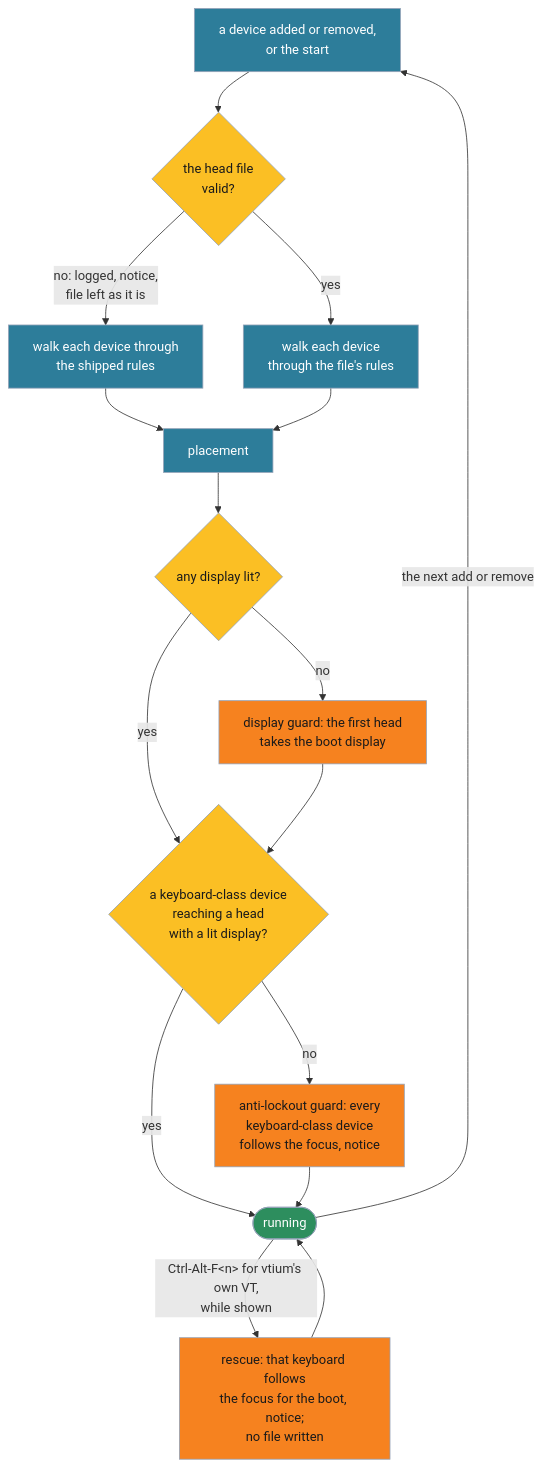
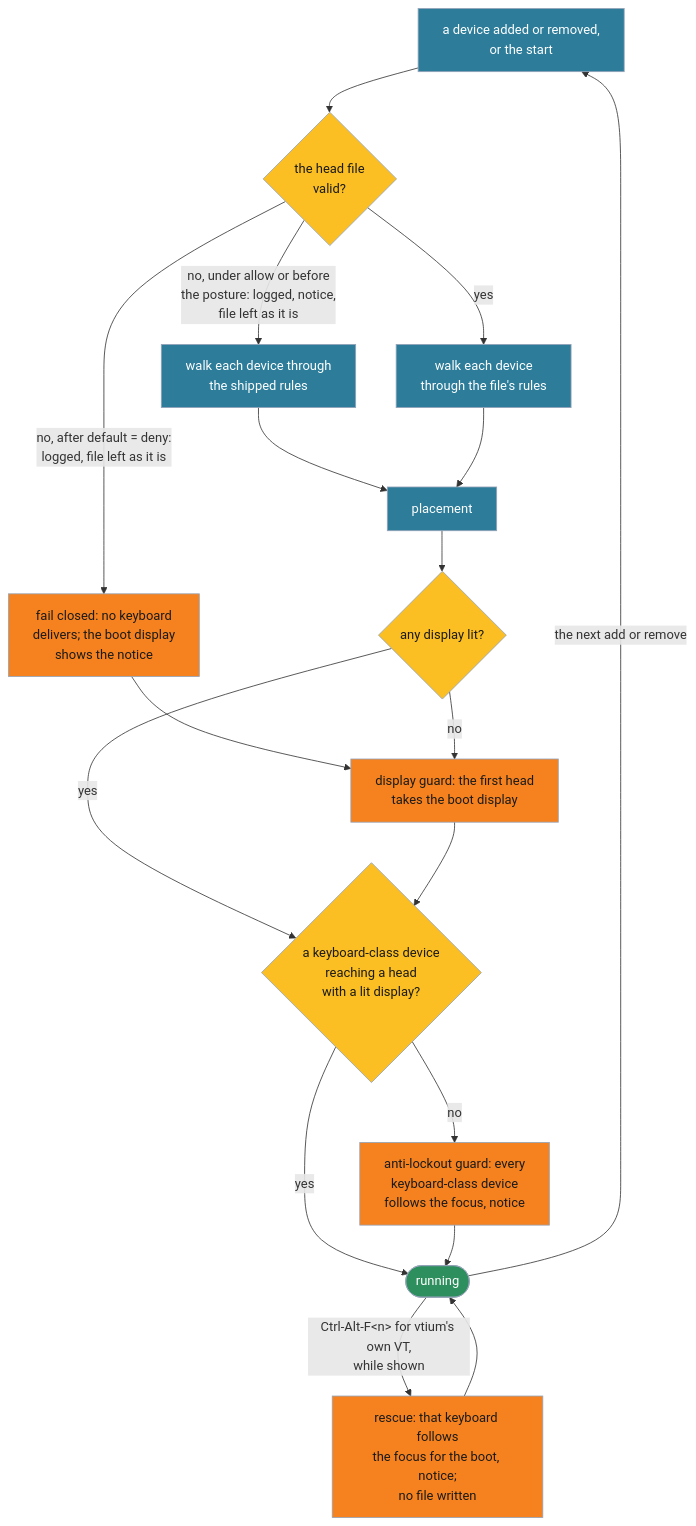
Before and after one commit to vtium/vtium: the fourth of 5 diagrams in docs/architecture/platform/ADR-1401-heads-a-terminal-per-physical-display-placed-by-a-first-match-ruleset.md, drawn with Mermaid. The commit also changed other lines of this file and 1 other file, not shown here.

````diff
--- a/docs/architecture/platform/ADR-1401-heads-a-terminal-per-physical-display-placed-by-a-first-match-ruleset.md
+++ b/docs/architecture/platform/ADR-1401-heads-a-terminal-per-physical-display-placed-by-a-first-match-ruleset.md
@@ -598,26 +646,29 @@
 ```mermaid
 flowchart TD
     EV["a device added or removed,<br>or the start"] --> VALID{"the head file<br>valid?"}
     VALID -->|"yes"| EVAL["walk each device<br>through the file's rules"]
-    VALID -->|"no: logged, notice,<br>file left as it is"| SHIP["walk each device through<br>the shipped rules"]
+    VALID -->|"no, under allow or before<br>the posture: logged, notice,<br>file left as it is"| SHIP["walk each device through<br>the shipped rules"]
+    VALID -->|"no, after default = deny:<br>logged, file left as it is"| CLOSED["fail closed: no keyboard<br>delivers; the boot display<br>shows the notice"]
+    CLOSED --> NZ
     SHIP --> EVAL2["placement"]
     EVAL --> EVAL2
     EVAL2 --> LIT{"any display lit?"}
     LIT -->|"no"| NZ["display guard: the first head<br>takes the boot display"]
     LIT -->|"yes"| KB
     NZ --> KB{"a keyboard-class device<br>reaching a head<br>with a lit display?"}
     KB -->|"no"| AL["anti-lockout guard: every<br>keyboard-class device<br>follows the focus, notice"]
     KB -->|"yes"| RUN(["running"])
     AL --> RUN
     RUN -->|"Ctrl-Alt-F&lt;n&gt; for vtium's own VT,<br>while shown"| RES["rescue: that keyboard follows<br>the focus for the boot, notice;<br>no file written"]
     RES --> RUN
     RUN -->|"the next add or remove"| EV
     classDef step fill:#2d7d9a,color:#ffffff,stroke:#94a3b8
     classDef check fill:#fbbf24,color:#1a1a1a,stroke:#94a3b8
     classDef guard fill:#f6821f,color:#1a1a1a,stroke:#94a3b8
     classDef done fill:#2d8e5e,color:#ffffff,stroke:#94a3b8
     class EV,EVAL,SHIP,EVAL2 step
+    class CLOSED guard
     class VALID,LIT,KB check
     class NZ,AL,RES guard
     class RUN done
 ```
````
